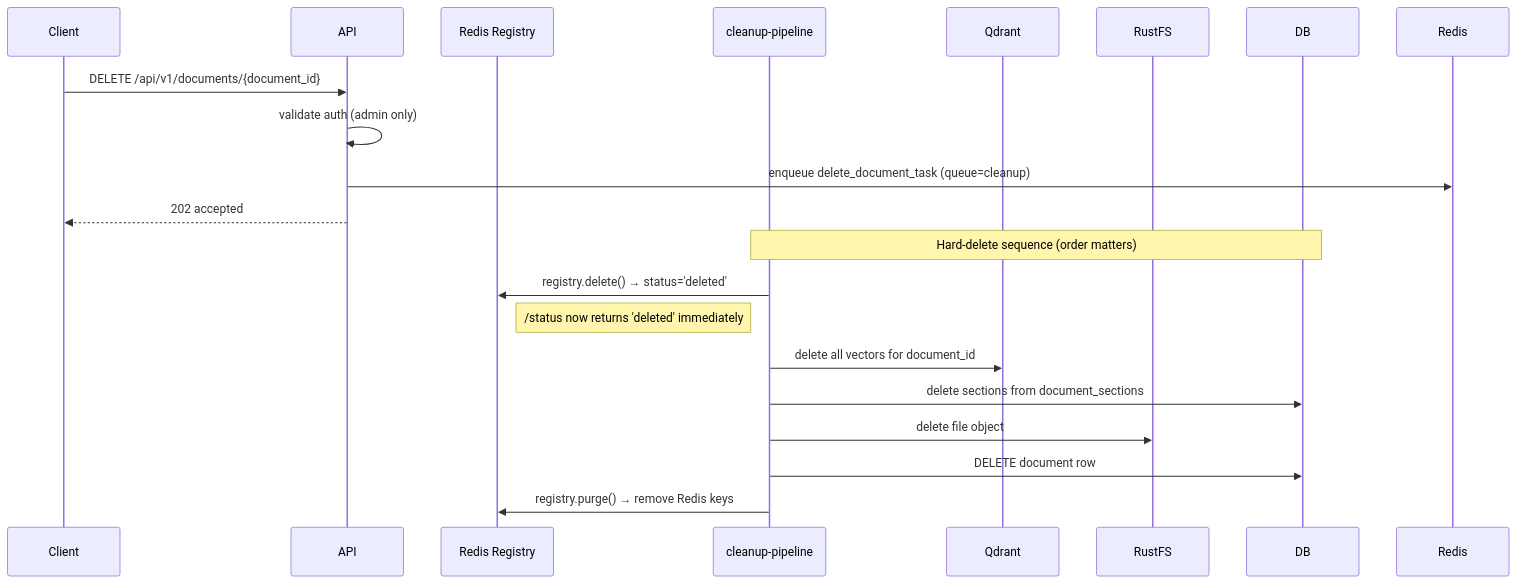
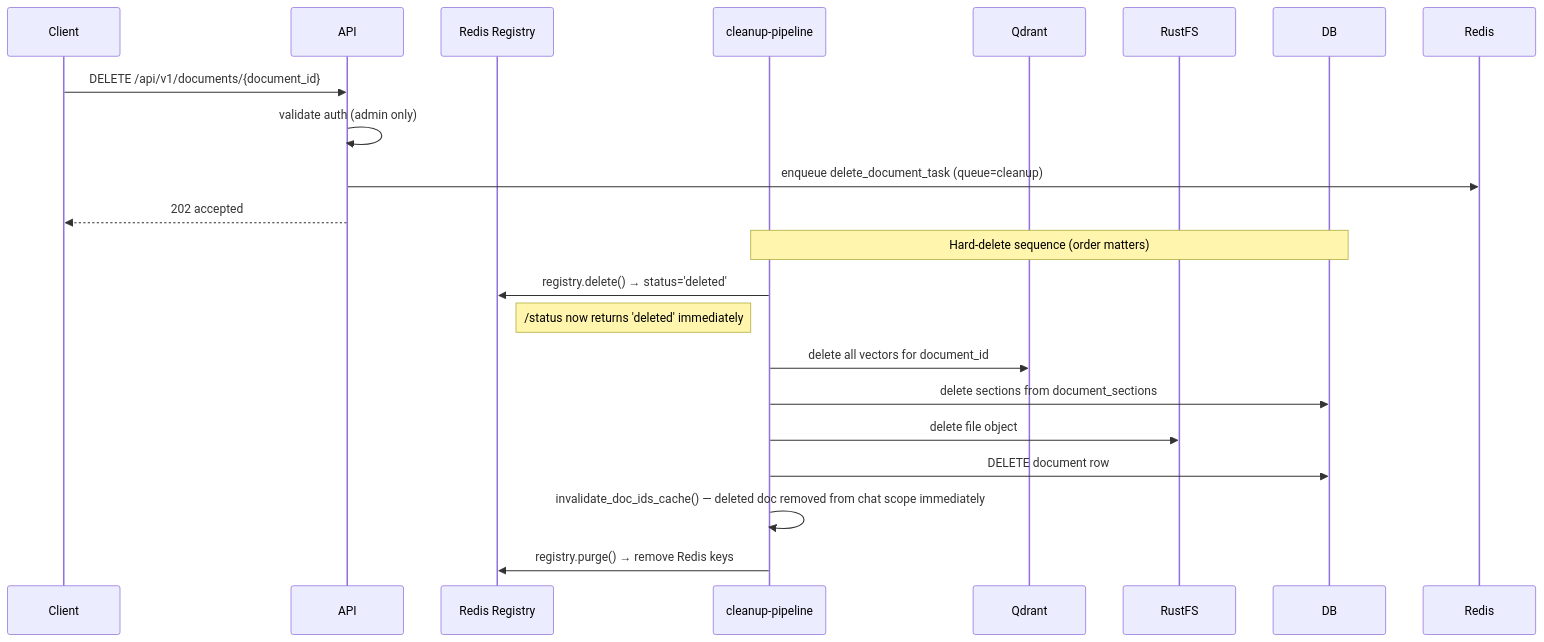
One commit to qtuanph/chatbot-rag changed the third of 4 diagrams in docs/03_CORE_WORKFLOWS.md. Above: the diagram before and after it, drawn with Mermaid. The commit also changed other lines of this file and 30 other files, not shown here.

````diff
--- a/docs/03_CORE_WORKFLOWS.md
+++ b/docs/03_CORE_WORKFLOWS.md
@@ -135,24 +157,25 @@
 ```mermaid
 sequenceDiagram
     participant Client
     participant API
     participant Registry as Redis Registry
     participant Cleanup as cleanup-pipeline
     participant Qdrant
     participant RustFS
     participant DB
 
     Client->>API: DELETE /api/v1/documents/{document_id}
     API->>API: validate auth (admin only)
     API->>Redis: enqueue delete_document_task (queue=cleanup)
     API-->>Client: 202 accepted
 
     Note over Cleanup,DB: Hard-delete sequence (order matters)
     Cleanup->>Registry: registry.delete() → status='deleted'
     Note right of Registry: /status now returns 'deleted' immediately
     Cleanup->>Qdrant: delete all vectors for document_id
     Cleanup->>DB: delete sections from document_sections
     Cleanup->>RustFS: delete file object
     Cleanup->>DB: DELETE document row
+    Cleanup->>Cleanup: invalidate_doc_ids_cache() — deleted doc removed from chat scope immediately
     Cleanup->>Registry: registry.purge() → remove Redis keys
 ```
````
